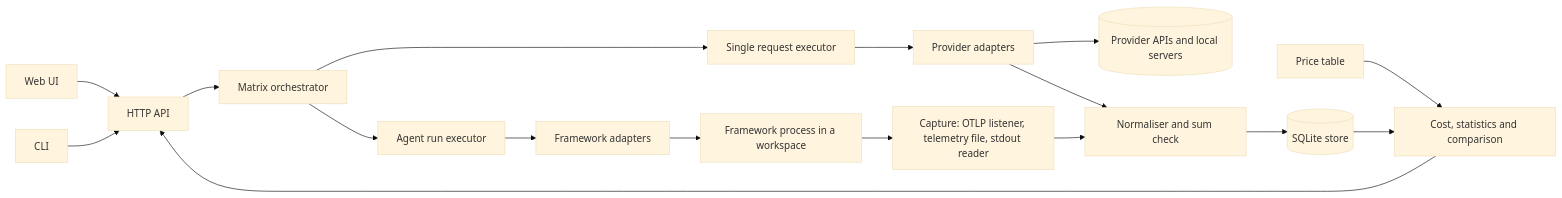
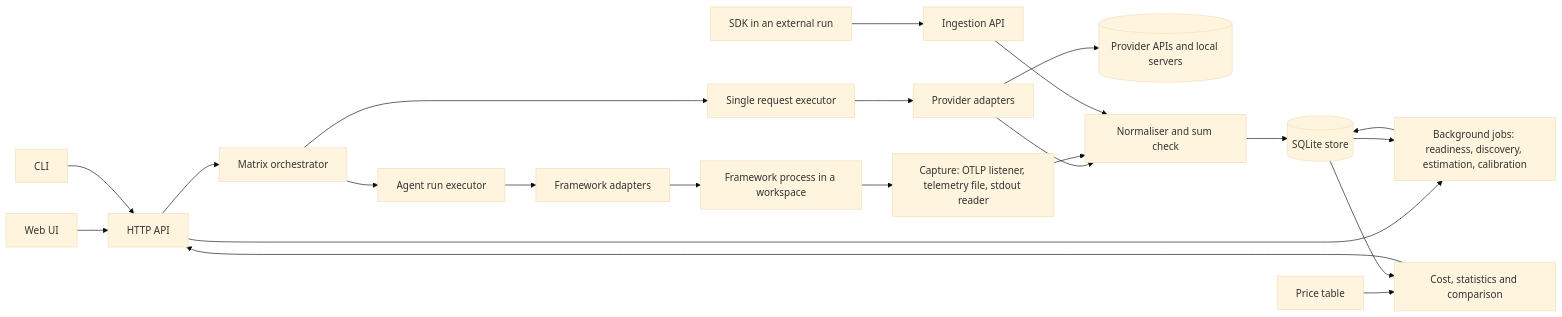
One commit to phillonc/Token-Usage-Dashboard changed the diagram in files/token-calculator/docs/TRD.md. Above: the diagram before and after it, drawn with Mermaid (base theme). The commit also changed other lines of this file and 1 other file, not shown here.

````diff
--- a/files/token-calculator/docs/TRD.md
+++ b/files/token-calculator/docs/TRD.md
@@ -13,19 +13,24 @@
 ```mermaid
 flowchart LR
   UI[Web UI] --> API[HTTP API]
   CLI[CLI] --> API
+  SDK[SDK in an external run] --> ING[Ingestion API]
   API --> ORCH[Matrix orchestrator]
   ORCH --> SR[Single request executor]
   ORCH --> AR[Agent run executor]
   SR --> PA[Provider adapters]
   PA --> PROV[(Provider APIs and local servers)]
   AR --> FA[Framework adapters]
   FA --> FW[Framework process in a workspace]
   FW --> CAP["Capture: OTLP listener, telemetry file, stdout reader"]
   PA --> NORM[Normaliser and sum check]
   CAP --> NORM
+  ING --> NORM
   NORM --> DB[(SQLite store)]
   PRICE[Price table] --> REP[Cost, statistics and comparison]
   DB --> REP
   REP --> API
+  API --> JOBS["Background jobs: readiness, discovery, estimation, calibration"]
+  DB --> JOBS
+  JOBS --> DB
 ```
````
